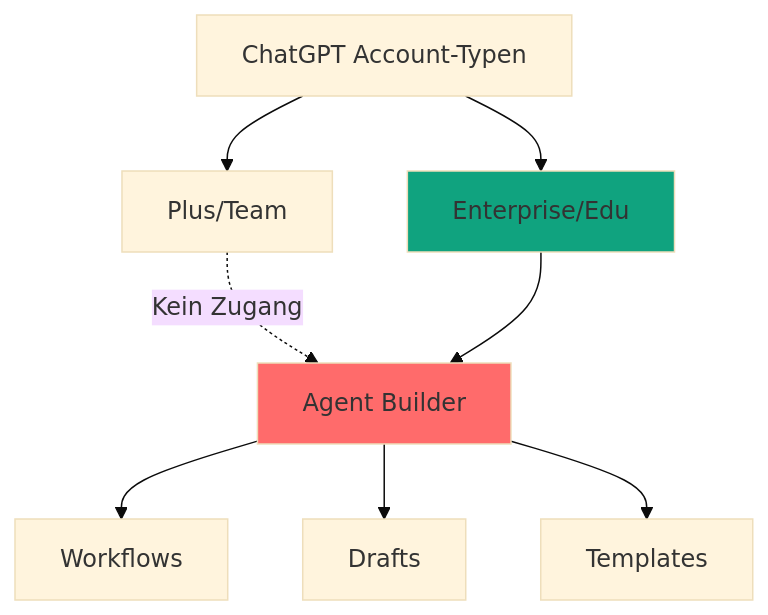
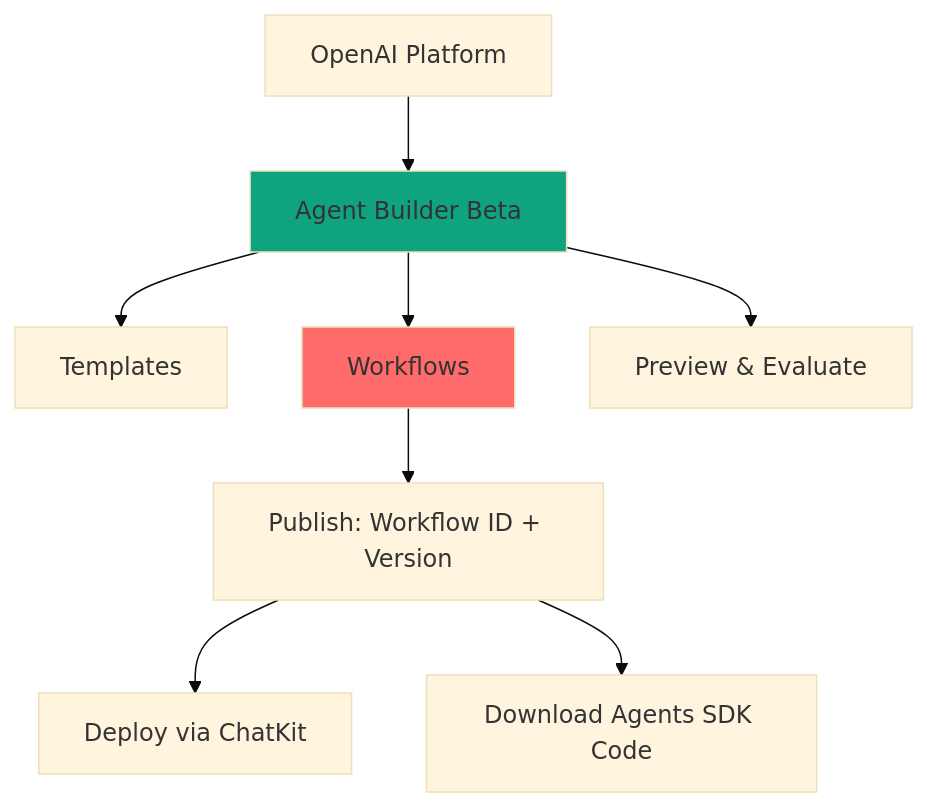
The third of 22 diagrams in docs/frameworks/einsteiger/einsteiger-agent-builder.md (ralf-42/GenAI), drawn with Mermaid (base theme) before and after one commit. The commit also changed other lines of this file and 3 other files, not shown here.

````diff
--- a/docs/frameworks/einsteiger/einsteiger-agent-builder.md
+++ b/docs/frameworks/einsteiger/einsteiger-agent-builder.md
@@ -99,13 +99,13 @@
 ```mermaid
 graph TB
-    A[ChatGPT Account-Typen] --> B[Plus/Team]
-    A --> C[Enterprise/Edu]
-    B -.Kein Zugang.-> D[Agent Builder]
-    C --> D
-    D --> E[Workflows]
-    D --> F[Drafts]
-    D --> G[Templates]
+    A[OpenAI Platform] --> B[Agent Builder Beta]
+    B --> C[Templates]
+    B --> D[Workflows]
+    B --> E[Preview & Evaluate]
+    D --> F[Publish: Workflow ID + Version]
+    F --> G[Deploy via ChatKit]
+    F --> H[Download Agents SDK Code]
 
-    style C fill:#10a37f
+    style B fill:#10a37f
     style D fill:#ff6b6b
 ```
````
